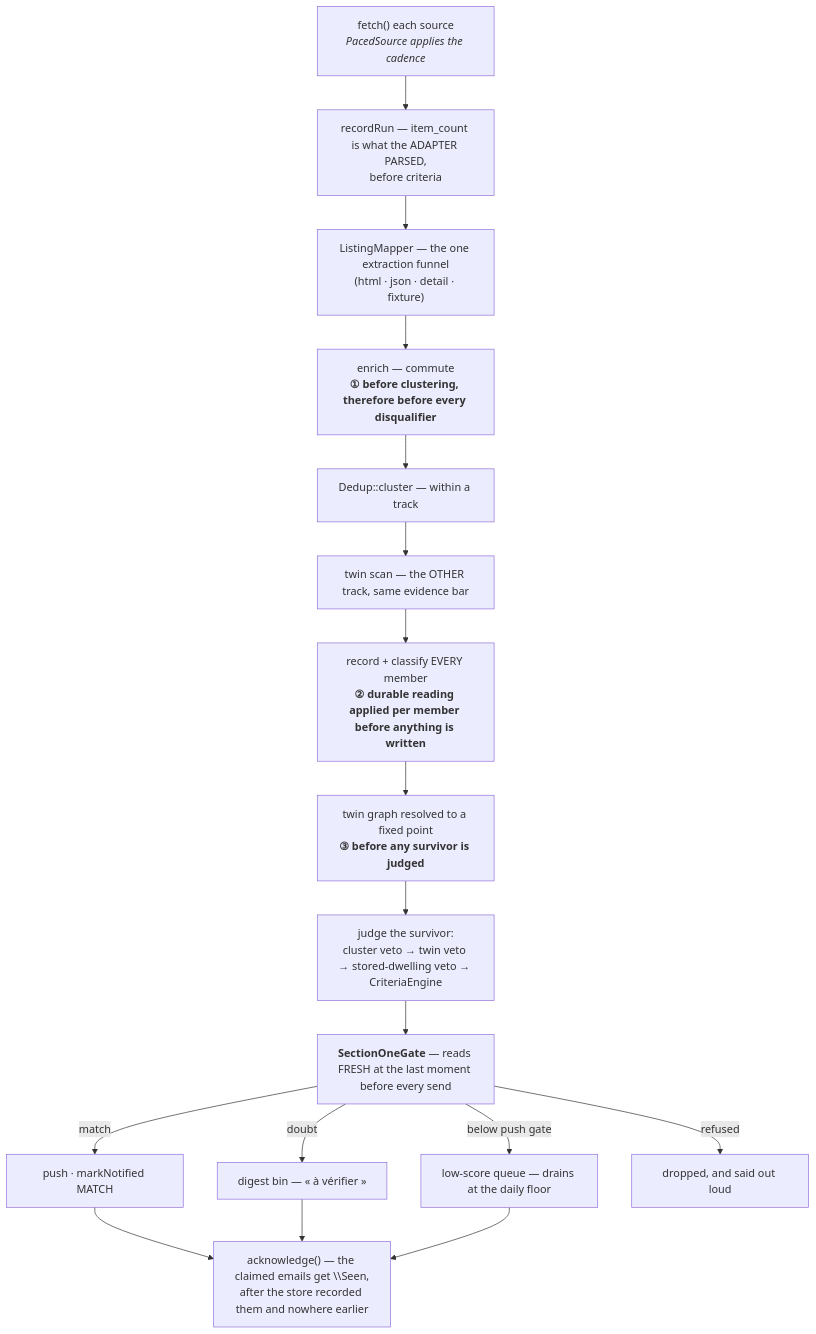
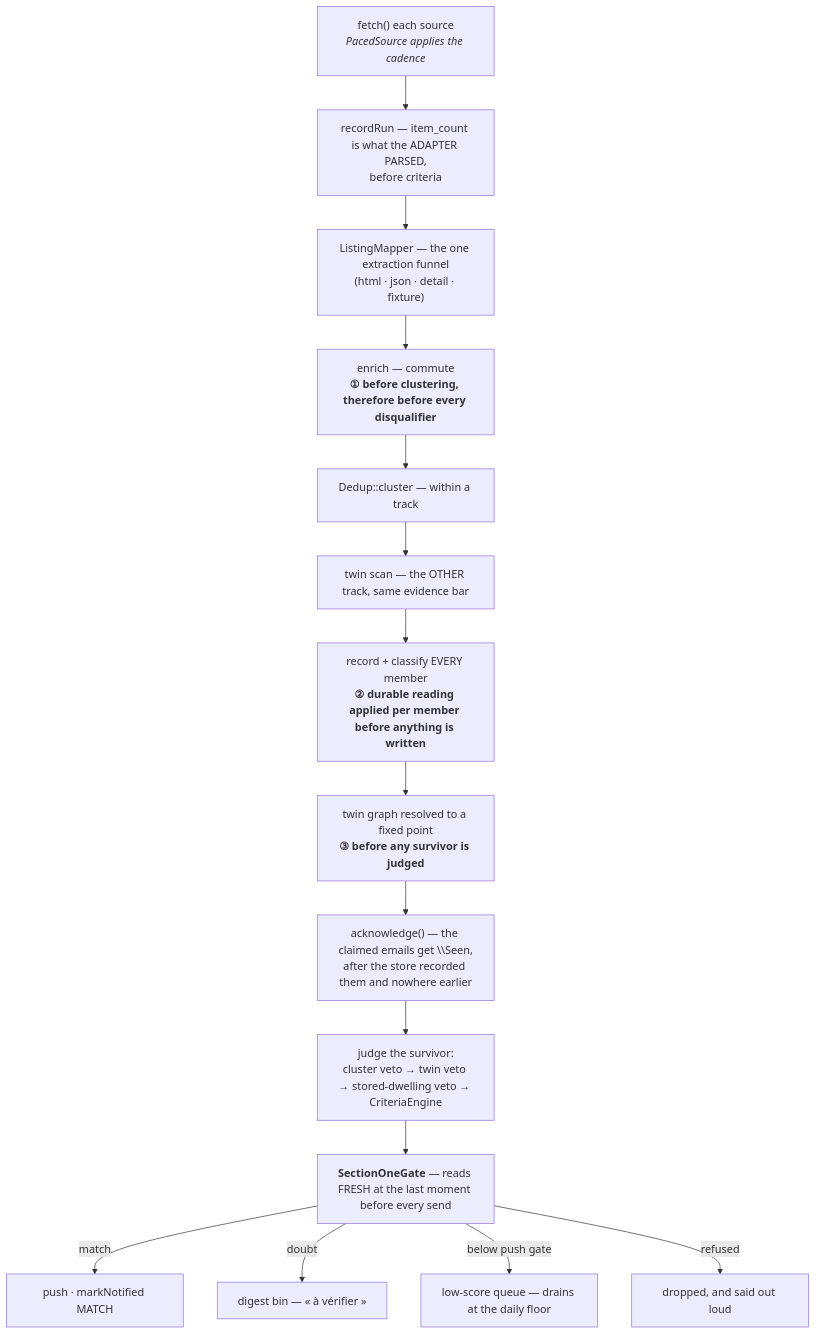
The second of 2 diagrams in docs/ARCHITECTURE.md (tmessaoudi-official/scout), drawn with Mermaid before and after one commit. The commit also changed other lines of this file and 3 other files, not shown here.

````diff
--- a/docs/ARCHITECTURE.md
+++ b/docs/ARCHITECTURE.md
@@ -106,17 +106,17 @@
 ```mermaid
 flowchart TD
     A["fetch() each source<br/><i>PacedSource applies the cadence</i>"] --> B["recordRun — item_count is what the ADAPTER PARSED,<br/>before criteria"]
     B --> C["ListingMapper — the one extraction funnel<br/>(html · json · detail · fixture)"]
     C --> D["enrich — commute<br/><b>① before clustering, therefore before every disqualifier</b>"]
     D --> E["Dedup::cluster — within a track"]
     E --> F["twin scan — the OTHER track, same evidence bar"]
     F --> G["record + classify EVERY member<br/><b>② durable reading applied per member before anything is written</b>"]
     G --> H["twin graph resolved to a fixed point<br/><b>③ before any survivor is judged</b>"]
-    H --> I["judge the survivor:<br/>cluster veto → twin veto → stored-dwelling veto → CriteriaEngine"]
+    H --> O["acknowledge() — the claimed emails get \\Seen,<br/>after the store recorded them and nowhere earlier"]
+    O --> I["judge the survivor:<br/>cluster veto → twin veto → stored-dwelling veto → CriteriaEngine"]
     I --> J["<b>SectionOneGate</b> — reads FRESH at the last moment before every send"]
     J -->|match| K["push · markNotified MATCH"]
     J -->|doubt| L["digest bin — « à vérifier »"]
     J -->|below push gate| M["low-score queue — drains at the daily floor"]
     J -->|refused| N["dropped, and said out loud"]
-    K & L & M --> O["acknowledge() — the claimed emails get \\Seen,<br/>after the store recorded them and nowhere earlier"]
 ```
````
